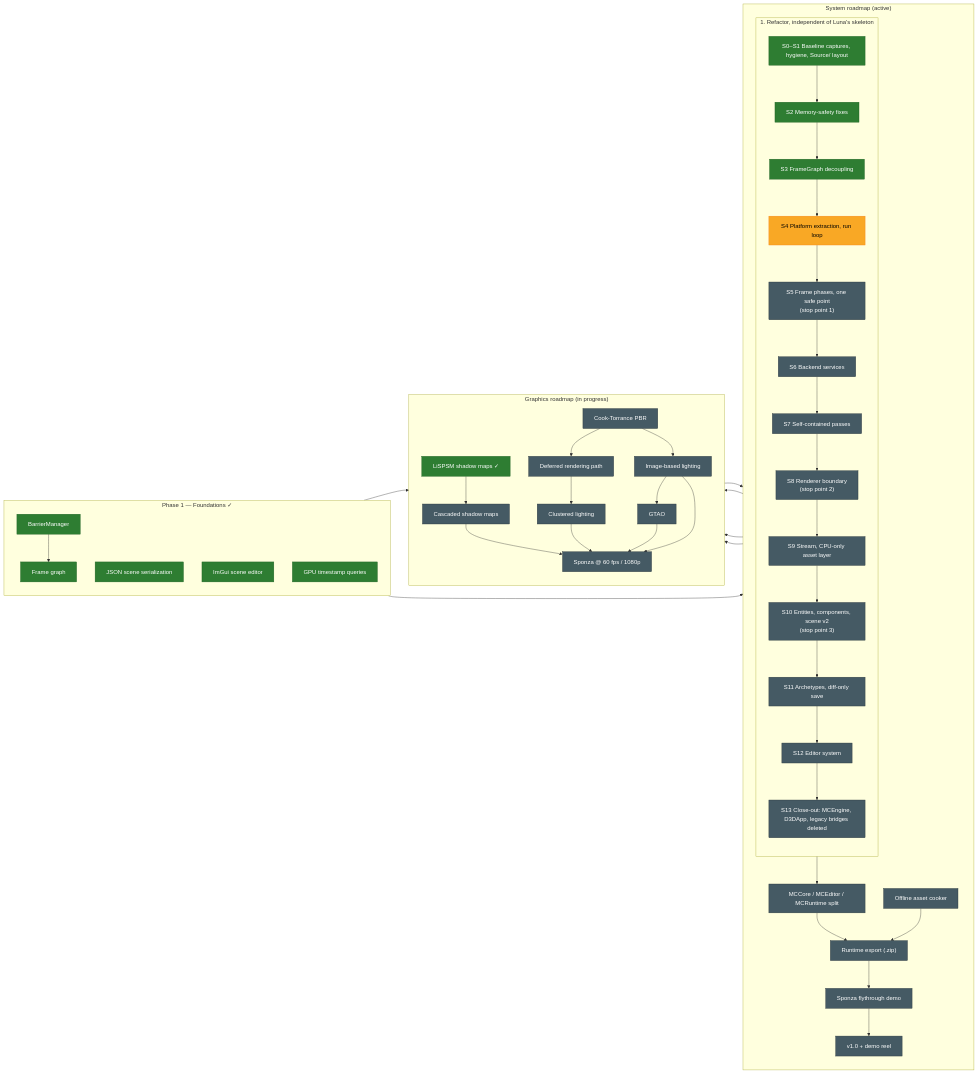
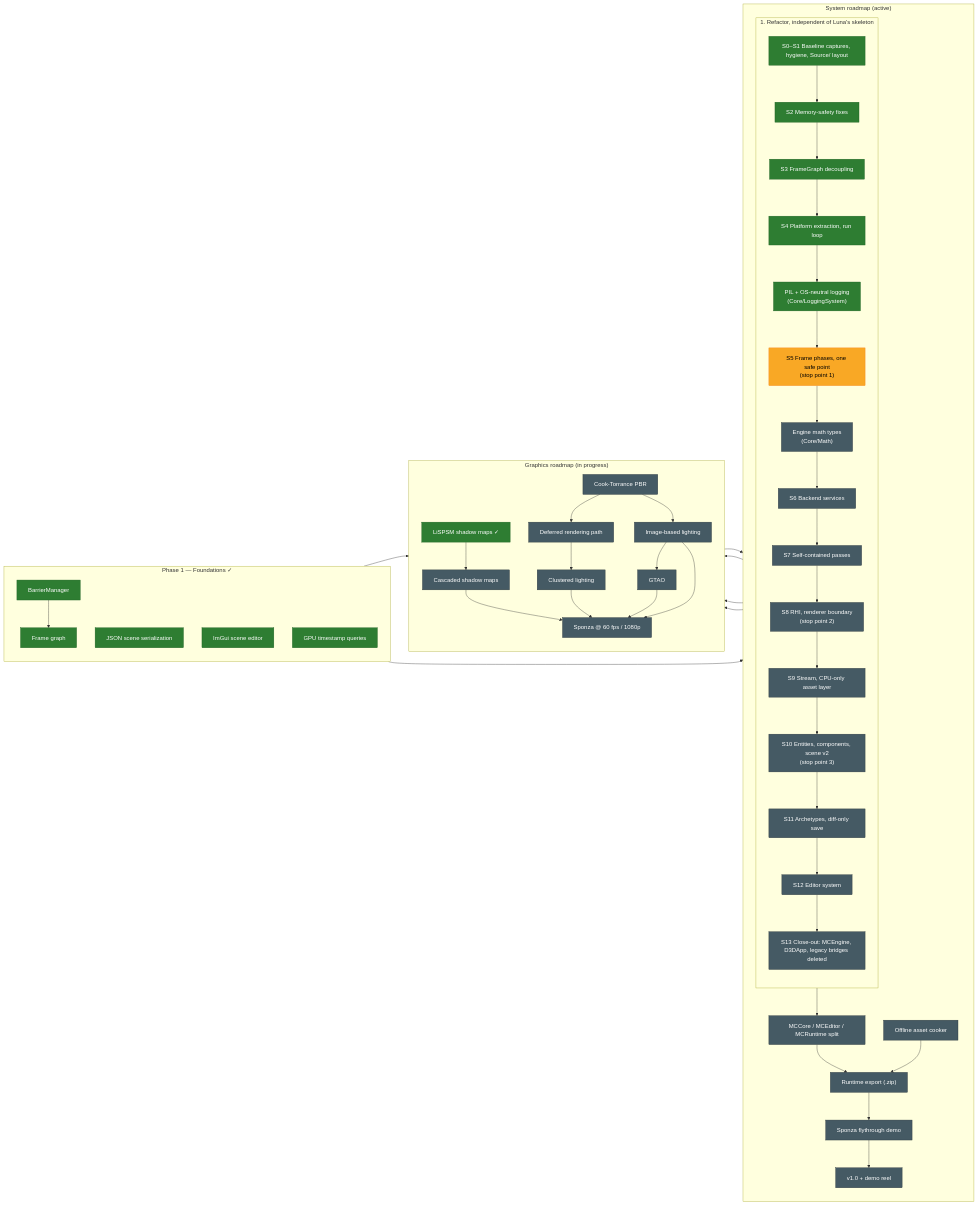
One commit to dgkim16/MCEngine changed the diagram in README.md. Above: the diagram before and after it, drawn with Mermaid. The commit also changed other lines of this file and 56 other files, not shown here.

First line of the commit message:
Platform independence layer, logging system, roadmap update

````diff
--- a/README.md
+++ b/README.md
@@ -127,75 +132,77 @@
 ```mermaid
 flowchart LR
   subgraph P1["Phase 1 — Foundations ✓"]
     direction TB
     BM["BarrierManager"]
     JS["JSON scene serialization"]
     ED["ImGui scene editor"]
     GT["GPU timestamp queries"]
     FG["Frame graph"]
     BM --> FG
   end
 
   subgraph SYS["System roadmap (active)"]
     direction TB
     subgraph RF["1. Refactor, independent of Luna's skeleton"]
       direction TB
       R0["S0–S1 Baseline captures, hygiene, Source/ layout"]
       R2["S2 Memory-safety fixes"]
       R3["S3 FrameGraph decoupling"]
       R4["S4 Platform extraction, run loop"]
+      RL["PIL + OS-neutral logging<br/>(Core/LoggingSystem)"]
       R5["S5 Frame phases, one safe point<br/>(stop point 1)"]
+      RM["Engine math types<br/>(Core/Math)"]
       R6["S6 Backend services"]
       R7["S7 Self-contained passes"]
-      R8["S8 Renderer boundary<br/>(stop point 2)"]
+      R8["S8 RHI, renderer boundary<br/>(stop point 2)"]
       R9["S9 Stream, CPU-only asset layer"]
       R10["S10 Entities, components, scene v2<br/>(stop point 3)"]
       R11["S11 Archetypes, diff-only save"]
       R12["S12 Editor system"]
       R13["S13 Close-out: MCEngine, D3DApp, legacy bridges deleted"]
-      R0 --> R2 --> R3 --> R4 --> R5 --> R6 --> R7 --> R8 --> R9 --> R10 --> R11 --> R12 --> R13
+      R0 --> R2 --> R3 --> R4 --> RL --> R5 --> RM --> R6 --> R7 --> R8 --> R9 --> R10 --> R11 --> R12 --> R13
     end
     SPLIT["MCCore / MCEditor / MCRuntime split"]
     CK["Offline asset cooker"]
     EX["Runtime export (.zip)"]
     DEMO["Sponza flythrough demo"]
     V1["v1.0 + demo reel"]
     R13 --> SPLIT --> EX
     CK --> EX
     EX --> DEMO --> V1
   end
 
   subgraph GFX["Graphics roadmap (in progress)"]
     direction TB
     LSP["LiSPSM shadow maps ✓"]
     DEF["Deferred rendering path"]
     PBR["Cook-Torrance PBR"]
     IBL["Image-based lighting"]
     CSM["Cascaded shadow maps"]
     CL["Clustered lighting"]
     AO["GTAO"]
     SP2["Sponza @ 60 fps / 1080p"]
     LSP --> CSM
     PBR --> DEF
     PBR --> IBL
     DEF --> CL
     IBL --> AO
     IBL & CSM & CL & AO --> SP2
   end
 
   FG --> R0
   R7 --> PBR
   R7 --> CSM
   R7 --> DEF
   GT --> SP2
   SP2 --> DEMO
 
   classDef done fill:#2e7d32,stroke:#1b5e20,color:#fff
   classDef wip fill:#f9a825,stroke:#f57f17,color:#000
   classDef todo fill:#455a64,stroke:#263238,color:#fff
-  class BM,JS,ED,GT,FG,R0,R2,R3,LSP done
-  class R4 wip
-  class R5,R6,R7,R8,R9,R10,R11,R12,R13 todo
+  class BM,JS,ED,GT,FG,R0,R2,R3,R4,RL,LSP done
+  class R5 wip
+  class RM,R6,R7,R8,R9,R10,R11,R12,R13 todo
   class SPLIT,CK,EX,DEMO,V1 todo
   class DEF,PBR,IBL,CSM,CL,AO,SP2 todo
 ```
````
